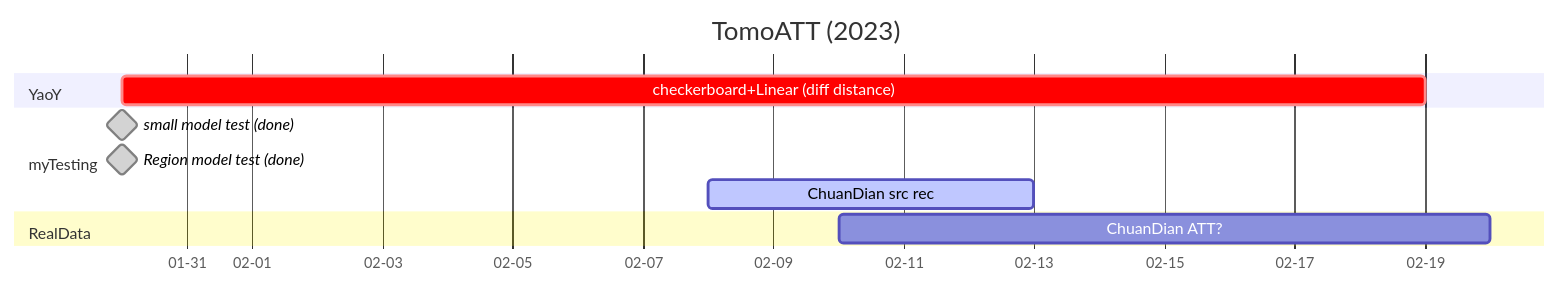
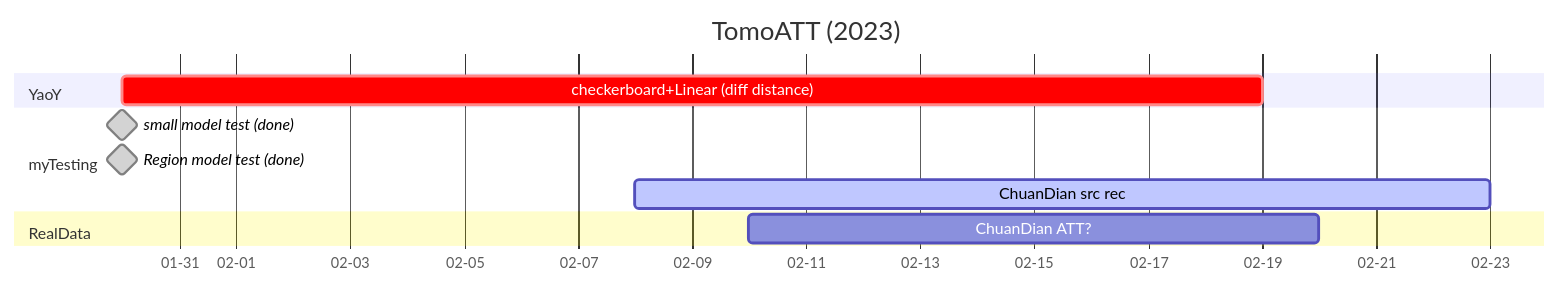
Before and after one commit to Huadangfan/my-notes: the second of 3 diagrams in public/todo.md, drawn with Mermaid. The commit also changed other lines of this file, not shown here.

````diff
--- a/public/todo.md
+++ b/public/todo.md
@@ -20,18 +34,18 @@
 ```mermaid
 gantt
     title TomoATT (2023)
     dateFormat  YYYY-MM-DD
     axisFormat   %m-%d
 
     section YaoY
     checkerboard+Linear (diff distance) :crit, activ, 2023-01-30, 20d
 
 
     section myTesting
     small model test (done)   :done, milestone, 2023-01-30, 0d
     Region model test (done)  :done, milestone, 2023-01-30, 0d
-    ChuanDian src rec  :active, , 2023-02-8, 5d
+    ChuanDian src rec  :active, , 2023-02-8, 15d
 
     section RealData
     ChuanDian ATT?      :b1, 2023-02-10, 10d
 ```
````
